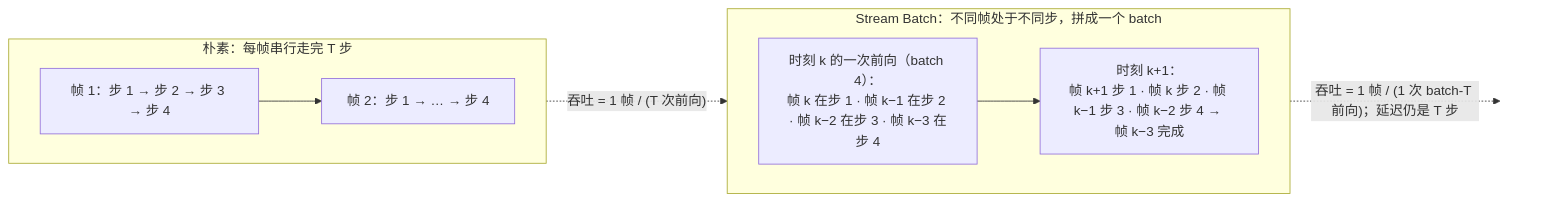
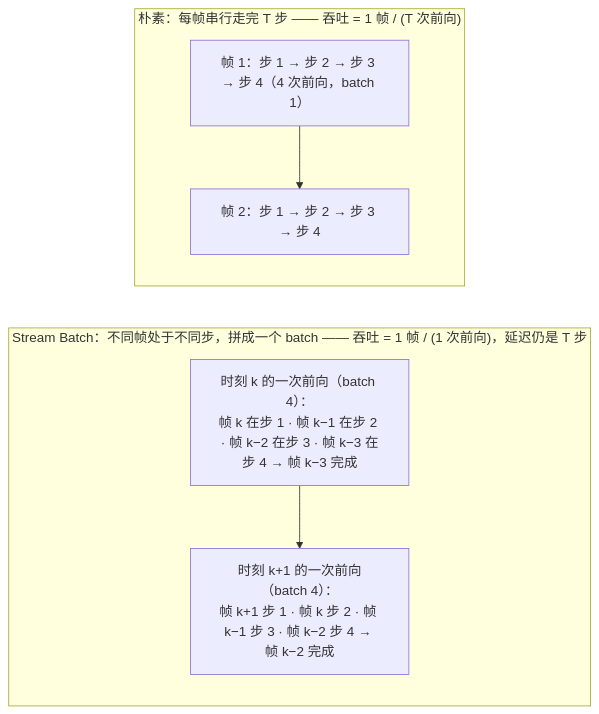
One commit to arganzheng/arganzheng.github.com changed the second of 3 diagrams in _drafts/few-step-and-autoregressive-video-generation-systems.md. Above: the diagram before and after it, drawn with Mermaid. The commit also changed other lines of this file and 12 other files, not shown here.

Commit message:
扩散模型推理基础设施系列（草稿）：行内公式改 $$、图改纵向、L7 第六篇视频成本按 4LN²d 修正；AGENTS / 备忘录 V2.26

````diff
--- a/_drafts/few-step-and-autoregressive-video-generation-systems.md
+++ b/_drafts/few-step-and-autoregressive-video-generation-systems.md
@@ -175,16 +175,14 @@
 ```mermaid
-flowchart LR
-    subgraph NAIVE["朴素：每帧串行走完 T 步"]
-        direction LR
-        F1["帧 1：步 1 → 步 2 → 步 3 → 步 4"] --> F2["帧 2：步 1 → … → 步 4"]
+flowchart TB
+    subgraph NAIVE["朴素：每帧串行走完 T 步 —— 吞吐 = 1 帧 / (T 次前向)"]
+        direction TB
+        F1["帧 1：步 1 → 步 2 → 步 3 → 步 4（4 次前向，batch 1）"] --> F2["帧 2：步 1 → 步 2 → 步 3 → 步 4"]
     end
-    subgraph SB["Stream Batch：不同帧处于不同步，拼成一个 batch"]
-        direction LR
+    subgraph SB["Stream Batch：不同帧处于不同步，拼成一个 batch —— 吞吐 = 1 帧 / (1 次前向)，延迟仍是 T 步"]
+        direction TB
         T1["时刻 k 的一次前向（batch 4）：
-帧 k 在步 1 · 帧 k−1 在步 2 · 帧 k−2 在步 3 · 帧 k−3 在步 4"] --> T2["时刻 k+1：
-帧 k+1 步 1 · 帧 k 步 2 · 帧 k−1 步 3 · 帧 k−2 步 4 → 帧 k−3 完成"]
+帧 k 在步 1 · 帧 k−1 在步 2 · 帧 k−2 在步 3 · 帧 k−3 在步 4 → 帧 k−3 完成"] --> T2["时刻 k+1 的一次前向（batch 4）：
+帧 k+1 步 1 · 帧 k 步 2 · 帧 k−1 步 3 · 帧 k−2 步 4 → 帧 k−2 完成"]
     end
-    NAIVE -. "吞吐 = 1 帧 / (T 次前向)" .-> SB
-    SB -. "吞吐 = 1 帧 / (1 次 batch-T 前向)；延迟仍是 T 步" .-> END[" "]
-    style END fill:none,stroke:none
+    NAIVE ~~~ SB
 ```
````
